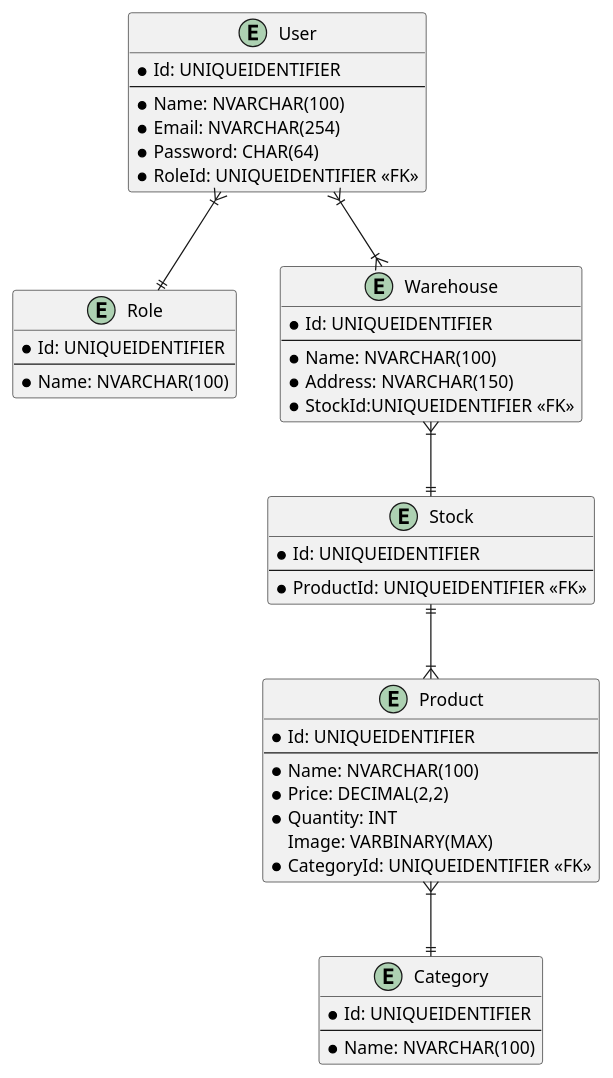
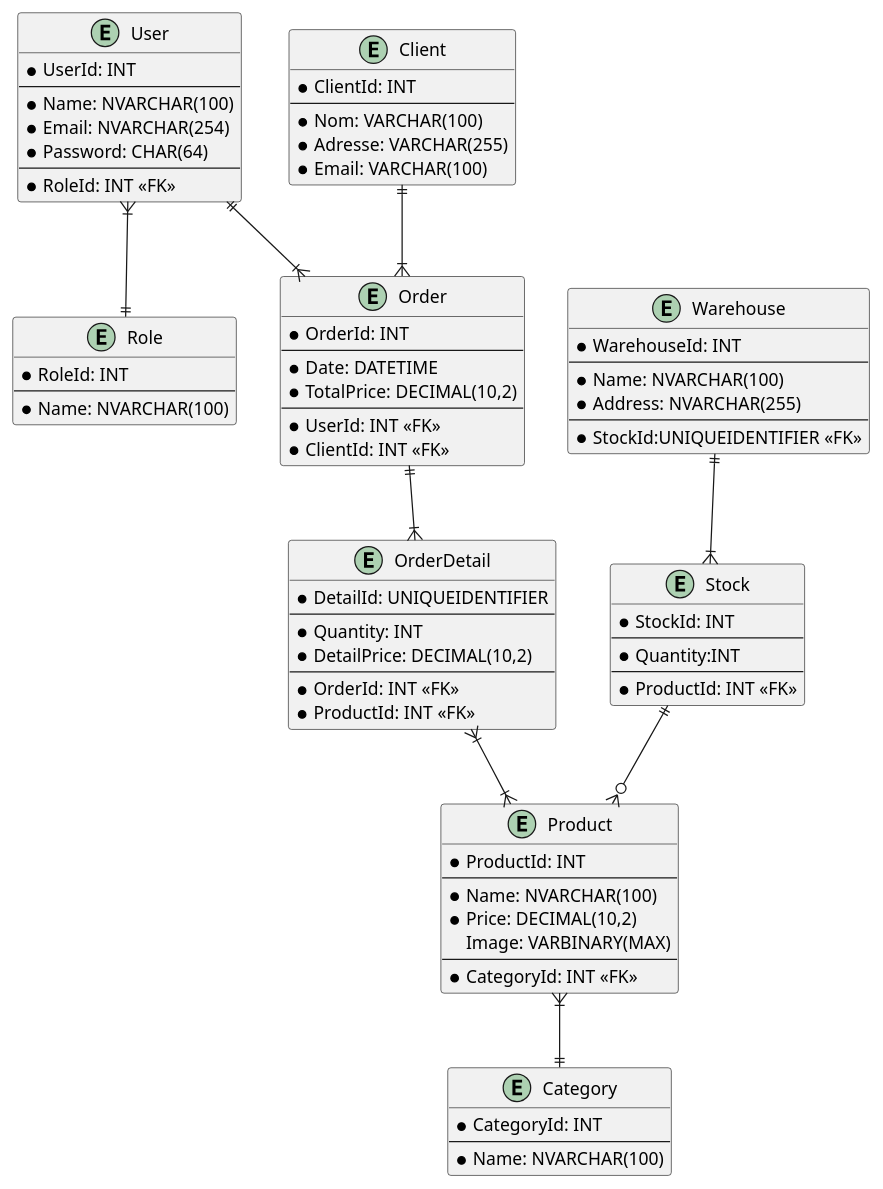
The diagram in shemaEntity.md (IllicoVending/FrontEnd), drawn with PlantUML before and after one commit.

Commit message:
correction shéma

````diff
--- a/shemaEntity.md
+++ b/shemaEntity.md
@@ -1,57 +1,91 @@
 ```plantuml
 @startuml
+
+entity Role {
+    *RoleId: INT
+    --
+    *Name: NVARCHAR(100)
+}
+
+entity Client {
+    *ClientId: INT
+    --
+    *Nom: VARCHAR(100)
+    *Adresse: VARCHAR(255)
+    *Email: VARCHAR(100)
+}
+
 entity User {
-    *Id: UNIQUEIDENTIFIER
+    *UserId: INT
     --
     *Name: NVARCHAR(100)
     *Email: NVARCHAR(254)
     *Password: CHAR(64)
-    *RoleId: UNIQUEIDENTIFIER <<FK>>
+    --
+    *RoleId: INT <<FK>>
 }
-
-entity Role {
-    *Id: UNIQUEIDENTIFIER
+entity Order {
+    *OrderId: INT
     --
-    *Name: NVARCHAR(100)
+    *Date: DATETIME
+    *TotalPrice: DECIMAL(10,2)
+    --
+    *UserId: INT <<FK>>
+    *ClientId: INT <<FK>>
+}
+entity OrderDetail {
+    *DetailId: UNIQUEIDENTIFIER
+    --
+    *Quantity: INT
+    *DetailPrice: DECIMAL(10,2)
+    --
+    *OrderId: INT <<FK>>
+    *ProductId: INT <<FK>>
 }
 
 entity Stock {
-    *Id: UNIQUEIDENTIFIER
+    *StockId: INT
     --
-    *ProductId: UNIQUEIDENTIFIER <<FK>>    
+    *Quantity:INT
+    --
+    *ProductId: INT <<FK>>
 }
 
 entity Product {
-   *Id: UNIQUEIDENTIFIER
+   *ProductId: INT 
    --
    *Name: NVARCHAR(100)
-   *Price: DECIMAL(2,2)
-   *Quantity: INT
+   *Price: DECIMAL(10,2)
     Image: VARBINARY(MAX)
-    *CategoryId: UNIQUEIDENTIFIER <<FK>>
+--
+   *CategoryId: INT <<FK>>
 }
 
 
 entity Category {
-    *Id: UNIQUEIDENTIFIER
+    *CategoryId: INT
     --
     *Name: NVARCHAR(100)
 }
 
 entity Warehouse {
-    *Id: UNIQUEIDENTIFIER
+    *WarehouseId: INT
     --
     *Name: NVARCHAR(100)
-    *Address: NVARCHAR(150)
+    *Address: NVARCHAR(255)
+    --
     *StockId:UNIQUEIDENTIFIER <<FK>>
 }
 
 
 User }|--|| Role
 Product }|--|| Category
-Stock ||--|{  Product
-Warehouse }|--|| Stock
-User }|--|{ Warehouse 
+Stock ||--o{  Product
+Warehouse ||--|{ Stock
+User ||--|{ Order
+Order ||--|{ OrderDetail
+OrderDetail }|--|{ Product
+Client ||--|{ Order
 
 @enduml
 ```
````
